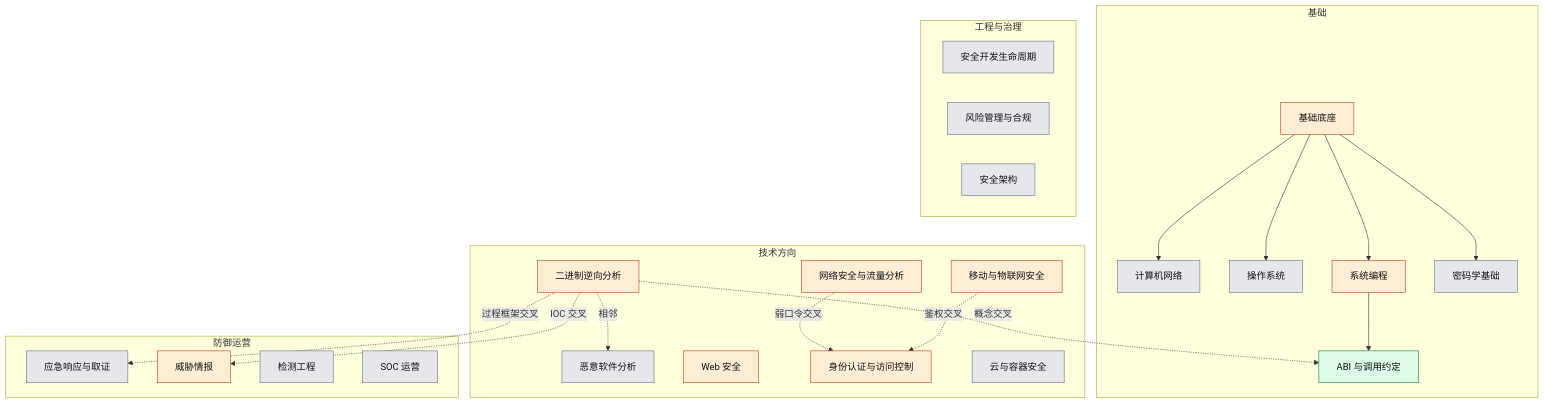
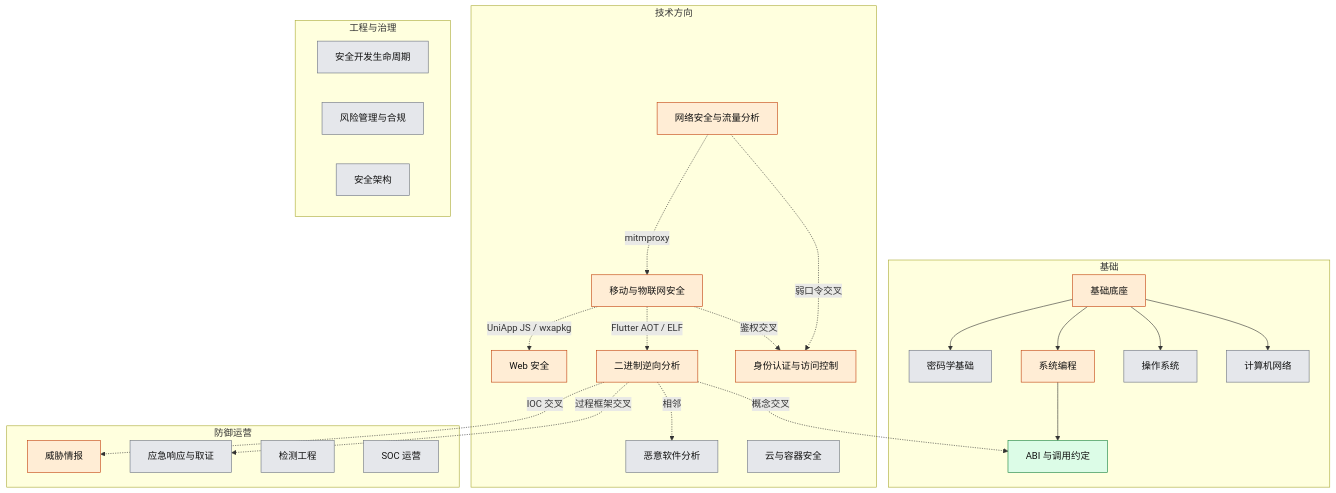
One commit to HubBoys/cybersec-knowledge changed the first of 4 diagrams in graph.md. Above: the diagram before and after it, drawn with Mermaid. The commit also changed other lines of this file and 11 other files, not shown here.

Commit message:
docs: add RE toolchain, Flutter AOT, UniApp, and mitmproxy notes

````diff
--- a/graph.md
+++ b/graph.md
@@ -11,55 +11,58 @@
 ```mermaid
 flowchart TB
   classDef uncovered fill:#e5e7eb,stroke:#6b7280,color:#111
   classDef partial fill:#ffedd5,stroke:#c2410c,color:#111
   classDef covered fill:#dcfce7,stroke:#15803d,color:#111
   classDef practiced fill:#dbeafe,stroke:#1d4ed8,color:#111
 
   subgraph base [基础]
     F[基础底座]
     N[计算机网络]
     OS[操作系统]
     SP[系统编程]
     CR[密码学基础]
     ABI[ABI 与调用约定]
   end
 
   subgraph tech [技术方向]
     RE[二进制逆向分析]
     MA[恶意软件分析]
     WEB[Web 安全]
     NET[网络安全与流量分析]
     ID[身份认证与访问控制]
     CL[云与容器安全]
     IOT[移动与物联网安全]
   end
 
   subgraph ops [防御运营]
     DFIR[应急响应与取证]
     TI[威胁情报]
     DET[检测工程]
     SOC[SOC 运营]
   end
 
   subgraph gov [工程与治理]
     SDLC[安全开发生命周期]
     GRC[风险管理与合规]
     ARCH[安全架构]
   end
 
   F --> N
   F --> OS
   F --> SP
   F --> CR
   SP --> ABI
   RE -.概念交叉.-> ABI
   RE -.相邻.-> MA
   RE -.过程框架交叉.-> DFIR
   RE -.IOC 交叉.-> TI
   IOT -.鉴权交叉.-> ID
+  IOT -.Flutter AOT / ELF.-> RE
+  IOT -.UniApp JS / wxapkg.-> WEB
   NET -.弱口令交叉.-> ID
+  NET -.mitmproxy.-> IOT
 
   class N,OS,CR,MA,CL,DFIR,DET,SOC,SDLC,GRC,ARCH uncovered
   class F,SP,RE,TI,IOT,ID,WEB,NET partial
   class ABI covered
 ```
````
